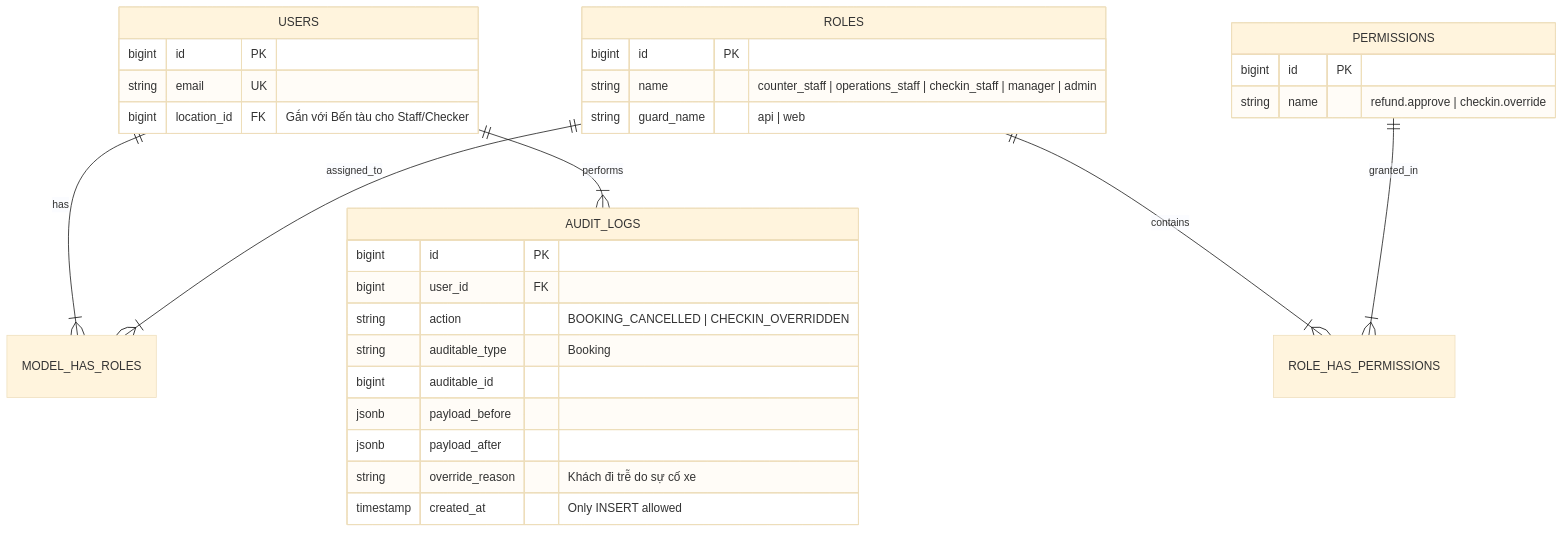
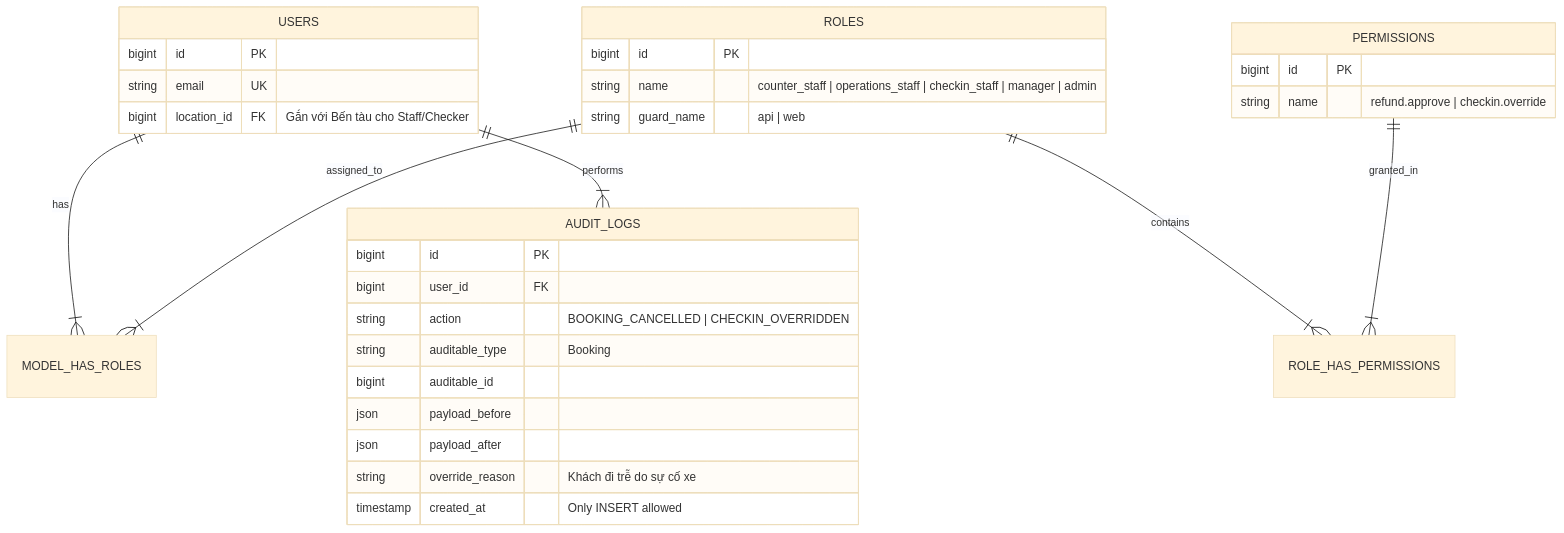
The diagram in content/docs/chuong-06-van-hanh-ca-ban-ve-audit-va-cronjob/03-rbac-station-scoped-va-audit-log-append-only.mdx (tomone2kd000-ux/superdong-booking-system), drawn with Mermaid (base theme) before and after one commit. The commit also changed 10 other files, not shown here.

Commit message:
docs: align Porto Action/Task rules, Logical ERD entities, Spatie Global RBAC, 9 Figma screens, and candidate proposals

````diff
--- a/content/docs/chuong-06-van-hanh-ca-ban-ve-audit-va-cronjob/03-rbac-station-scoped-va-audit-log-append-only.mdx
+++ b/content/docs/chuong-06-van-hanh-ca-ban-ve-audit-va-cronjob/03-rbac-station-scoped-va-audit-log-append-only.mdx
@@ -40,37 +40,37 @@
 ```mermaid
 erDiagram
     USERS ||--|{ MODEL_HAS_ROLES : has
     ROLES ||--|{ MODEL_HAS_ROLES : assigned_to
     ROLES ||--|{ ROLE_HAS_PERMISSIONS : contains
     PERMISSIONS ||--|{ ROLE_HAS_PERMISSIONS : granted_in
     USERS ||--|{ AUDIT_LOGS : performs
 
     USERS {
         bigint id PK
         string email UK
         bigint location_id FK "Gắn với Bến tàu cho Staff/Checker"
     }
 
     ROLES {
         bigint id PK
         string name "counter_staff | operations_staff | checkin_staff | manager | admin"
         string guard_name "api | web"
     }
 
     PERMISSIONS {
         bigint id PK
         string name "refund.approve | checkin.override"
     }
 
     AUDIT_LOGS {
         bigint id PK
         bigint user_id FK
         string action "BOOKING_CANCELLED | CHECKIN_OVERRIDDEN"
         string auditable_type "Booking"
         bigint auditable_id
-        jsonb payload_before
-        jsonb payload_after
+        json payload_before
+        json payload_after
         string override_reason "Khách đi trễ do sự cố xe"
         timestamp created_at "Only INSERT allowed"
     }
 ```
````
